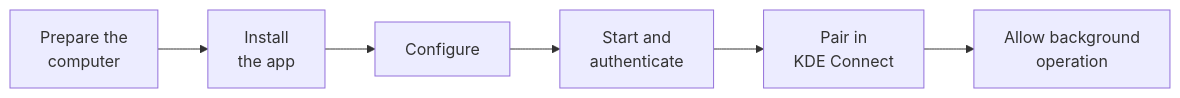
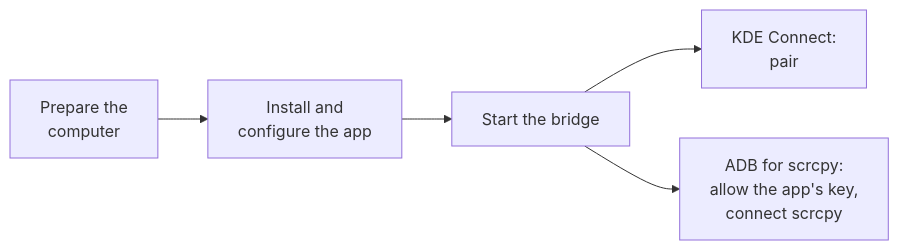
The diagram in docs/setup.md (rnk-io/kdec-bridge), drawn with Mermaid before and after one commit. The commit also changed other lines of this file and 4 other files, not shown here.

First line of the commit message:
Present KDE Connect and ADB as the bridge's two services

````diff
--- a/docs/setup.md
+++ b/docs/setup.md
@@ -5,4 +5,6 @@
 ```mermaid
 flowchart LR
-    A["Prepare the<br/>computer"] --> B["Install<br/>the app"] --> C["Configure"] --> D["Start and<br/>authenticate"] --> E["Pair in<br/>KDE Connect"] --> F["Allow background<br/>operation"]
+    A["Prepare the<br/>computer"] --> B["Install and<br/>configure the app"] --> C["Start the bridge"]
+    C --> K["KDE Connect:<br/>pair"]
+    C --> D["ADB for scrcpy:<br/>allow the app's key,<br/>connect scrcpy"]
 ```
````
